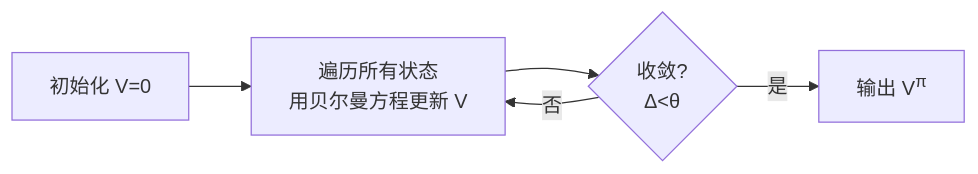
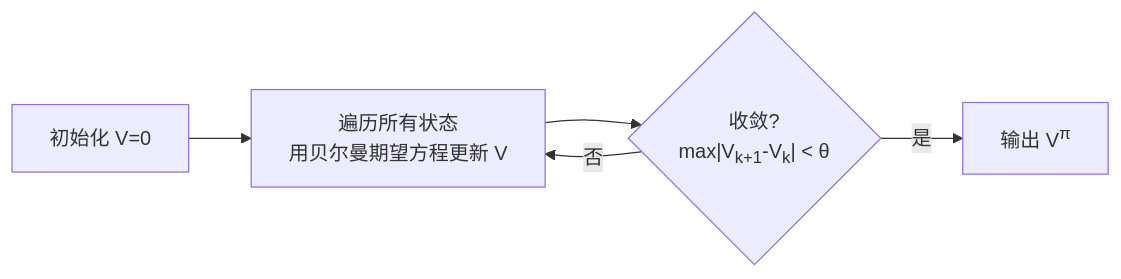
The first of 4 diagrams in day03-dynamic-programming.md (Xinyu-lumos/RL-study), drawn with Mermaid before and after one commit. The commit also changed other lines of this file, not shown here.

````diff
--- a/day03-dynamic-programming.md
+++ b/day03-dynamic-programming.md
@@ -81,7 +134,7 @@
 ```mermaid
 graph LR
-    A[初始化 V=0] --> B[遍历所有状态<br/>用贝尔曼方程更新 V]
-    B --> C{收敛?<br/>Δ<θ}
+    A[初始化 V=0] --> B[遍历所有状态<br/>用贝尔曼期望方程更新 V]
+    B --> C{"收敛?<br/>max|V<sub>k+1</sub>-V<sub>k</sub>| < θ"}
     C -->|否| B
     C -->|是| D[输出 V<sup>π</sup>]
 ```
````
